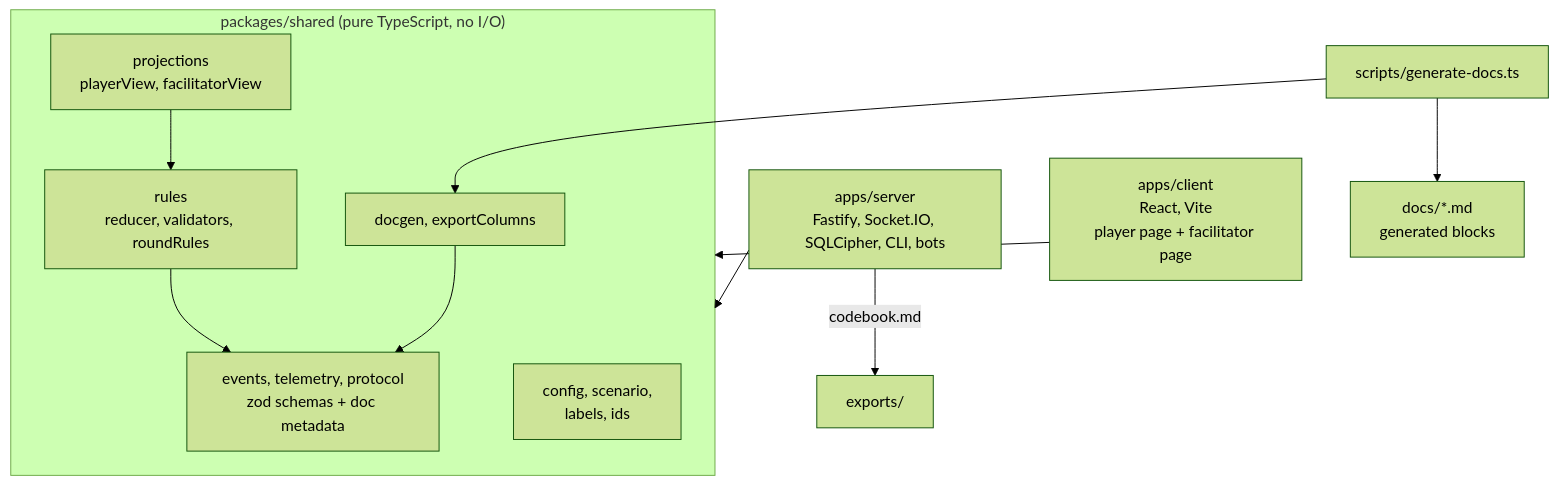
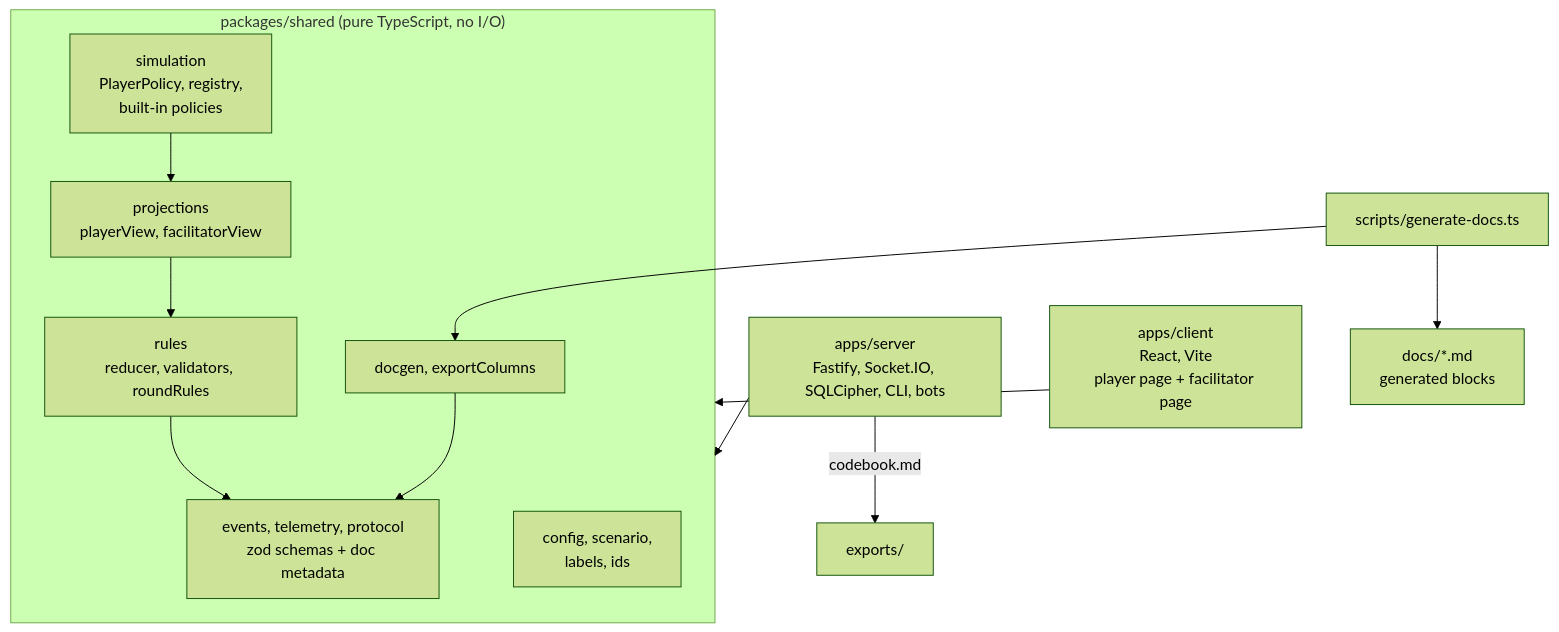
One commit to xy-zak/WhoKnowsWhoActs changed the second of 8 diagrams in docs/ARCHITECTURE.md. Above: the diagram before and after it, drawn with Mermaid (forest theme). The commit also changed other lines of this file and 6 other files, not shown here.

````diff
--- a/docs/ARCHITECTURE.md
+++ b/docs/ARCHITECTURE.md
@@ -124,18 +138,20 @@
 ```mermaid
 flowchart TB
   subgraph shared["packages/shared (pure TypeScript, no I/O)"]
     S1["config, scenario,<br/>labels, ids"]
     S2["events, telemetry, protocol<br/>zod schemas + doc metadata"]
     S3["rules<br/>reducer, validators, roundRules"]
     S4["projections<br/>playerView, facilitatorView"]
     S5["docgen, exportColumns"]
+    S6["simulation<br/>PlayerPolicy, registry,<br/>built-in policies"]
     S3 --> S2
     S4 --> S3
     S5 --> S2
+    S6 --> S4
   end
   server["apps/server<br/>Fastify, Socket.IO, SQLCipher, CLI, bots"] --> shared
   client["apps/client<br/>React, Vite<br/>player page + facilitator page"] --> shared
   gen["scripts/generate-docs.ts"] --> S5
   gen --> docs["docs/*.md<br/>generated blocks"]
   server -->|codebook.md| exports["exports/"]
 ```
````
